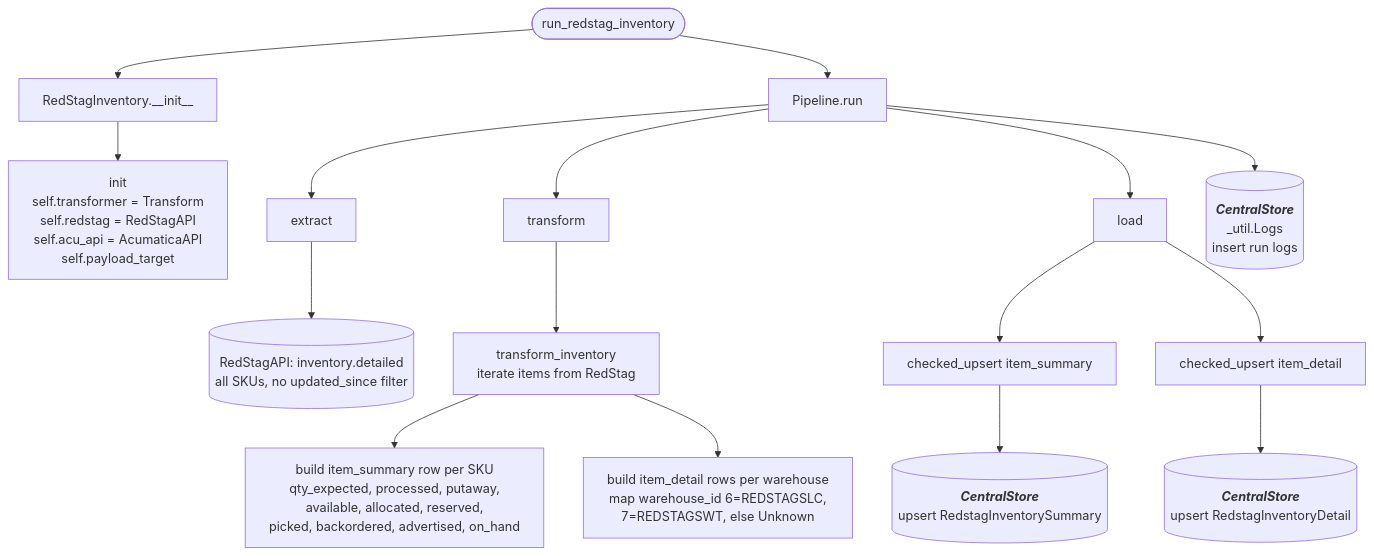
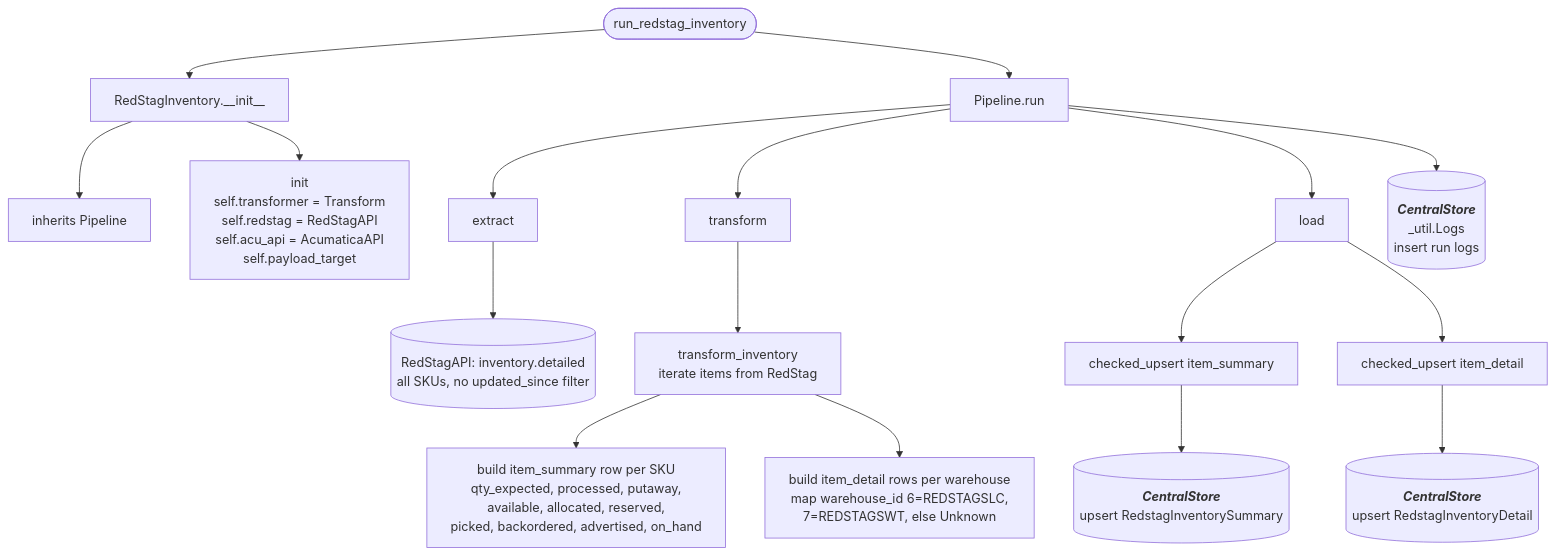
Before and after one commit to journeyhl/integration-platform: the diagram in docs/pipelines/redstag_inventory.md, drawn with Mermaid. The commit also changed 42 other files, not shown here.

````diff
--- a/docs/pipelines/redstag_inventory.md
+++ b/docs/pipelines/redstag_inventory.md
@@ -1,37 +1,38 @@
 ```mermaid
 %%{init: {"flowchart": {"wrappingWidth": 400}}}%%
 flowchart TD
     A([run_redstag_inventory]) --> B[RedStagInventory.__init__]
-    B --> B1[init
+    B --> B1[inherits Pipeline]
+    B --> B2[init
         self.transformer = Transform
         self.redstag = RedStagAPI
         self.acu_api = AcumaticaAPI
         self.payload_target
     ]
     A --> RUN[Pipeline.run]
 
     RUN --> EX[extract]
     EX --> RS1[(RedStagAPI: inventory.detailed<br/>all SKUs, no updated_since filter)]
 
     RUN --> TR[transform]
     TR --> TR1[transform_inventory<br/>iterate items from RedStag]
     TR1 --> TR2[build item_summary row per SKU<br/>qty_expected, processed, putaway,<br/>available, allocated, reserved,<br/>picked, backordered, advertised, on_hand]
     TR1 --> TR3[build item_detail rows per warehouse<br/>map warehouse_id 6=REDSTAGSLC,<br/>7=REDSTAGSWT, else Unknown]
 
     RUN --> LD[load]
     LD --> LD1[checked_upsert item_summary]
     LD1 --> CS1[(
         <b><i>CentralStore</i></b>
         upsert RedstagInventorySummary
     )]
     LD --> LD2[checked_upsert item_detail]
     LD2 --> CS2[(
         <b><i>CentralStore</i></b>
         upsert RedstagInventoryDetail
     )]
 
     RUN --> LOGS[(
         <b><i>CentralStore</i></b>
         _util.Logs<br/>insert run logs
     )]
 ```
````
